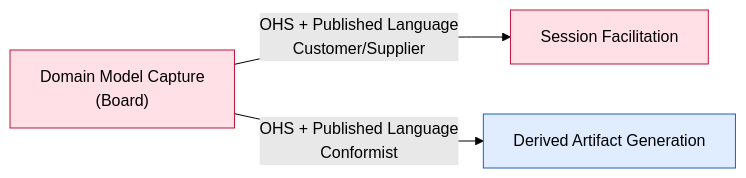
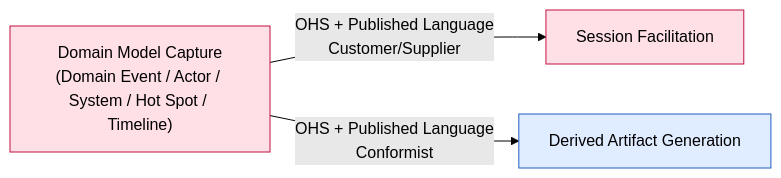
The diagram in docs/domain/bounded-contexts/domain-model-capture/canvas.md (vinialbano/eventstormer), drawn with Mermaid (forest theme) before and after one commit. The commit also changed other lines of this file and 6 other files, not shown here.

First line of the commit message:
docs: correct domain model capture's aggregate boundary

````diff
--- a/docs/domain/bounded-contexts/domain-model-capture/canvas.md
+++ b/docs/domain/bounded-contexts/domain-model-capture/canvas.md
@@ -205,11 +234,11 @@
 ```mermaid
 flowchart LR
-  This["Domain Model Capture\n(Board)"] -->|"OHS + Published Language\nCustomer/Supplier"| Facil["Session Facilitation"]
+  This["Domain Model Capture\n(Domain Event / Actor / System / Hot Spot / Timeline)"] -->|"OHS + Published Language\nCustomer/Supplier"| Facil["Session Facilitation"]
   This -->|"OHS + Published Language\nConformist"| Artifact["Derived Artifact Generation"]
 
   classDef core fill:#ffe0e6,stroke:#c1123e,color:#000
   classDef sup fill:#e0ecff,stroke:#1f5fbf,color:#000
   class This core
   class Facil core
   class Artifact sup
 ```
````
